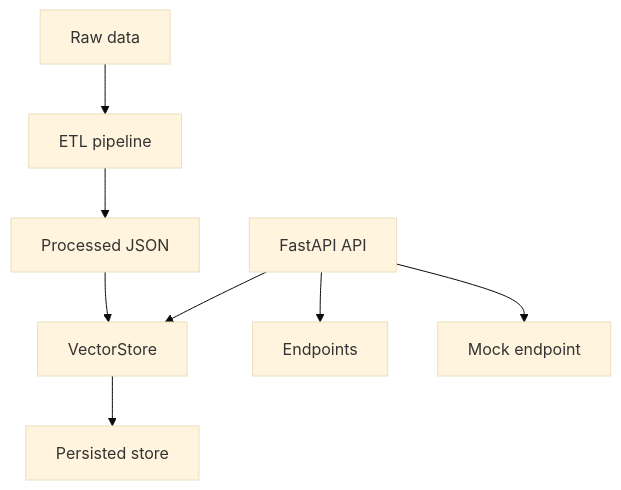
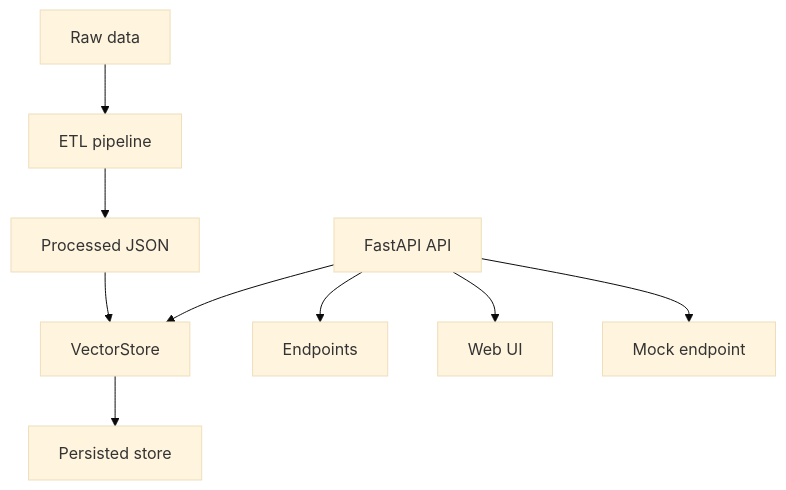
One commit to sid-2209/rag-assistant-twitter-x-influencer-knowledge-base changed the diagram in README.md. Above: the diagram before and after it, drawn with Mermaid (base theme). The commit also changed other lines of this file, not shown here.

````diff
--- a/README.md
+++ b/README.md
@@ -73,10 +81,11 @@
 ```mermaid
 graph TD;
   A[Raw data] --> B[ETL pipeline];
   B --> C[Processed JSON];
   C --> D[VectorStore];
   D --> E[Persisted store];
   F[FastAPI API] --> D;
   F --> G[Endpoints];
-  F --> H[Mock endpoint];
+  F --> H[Web UI];
+  F --> I[Mock endpoint];
 ```
````
